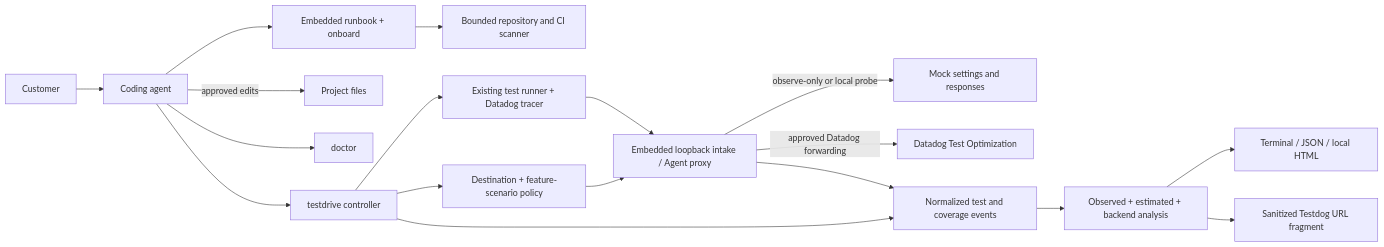
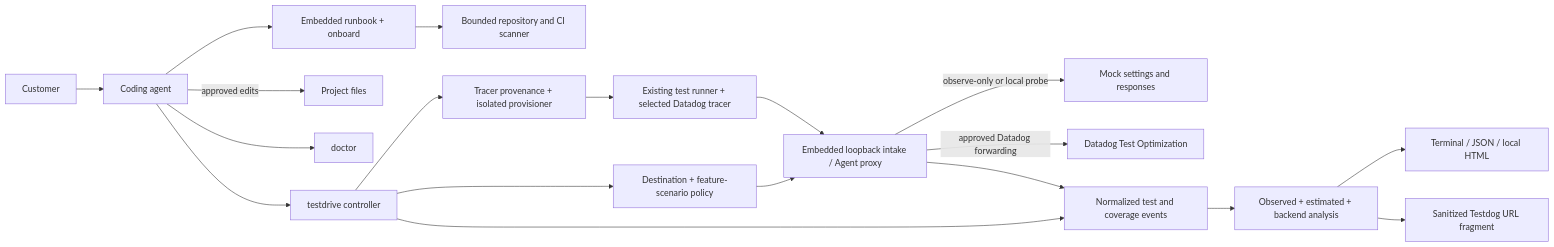
The diagram in docs/design/agent-driven-onboarding.md (DataDog/ddtest), drawn with Mermaid before and after one commit. The commit also changed other lines of this file, not shown here.

Commit message:
Define CI-only tracer bootstrap for onboarding

````diff
--- a/docs/design/agent-driven-onboarding.md
+++ b/docs/design/agent-driven-onboarding.md
@@ -284,20 +321,21 @@
 ```mermaid
 flowchart LR
     U[Customer] --> A[Coding agent]
     A --> O[Embedded runbook + onboard]
     O --> R[Bounded repository and CI scanner]
     A -->|approved edits| P[Project files]
     A --> D[doctor]
     A --> T[testdrive controller]
+    T --> V[Tracer provenance + isolated provisioner]
     T --> C[Destination + feature-scenario policy]
-    T --> X[Existing test runner + Datadog tracer]
+    V --> X[Existing test runner + selected Datadog tracer]
     X --> L[Embedded loopback intake / Agent proxy]
     C --> L
     L -->|observe-only or local probe| M[Mock settings and responses]
     L -->|approved Datadog forwarding| B[Datadog Test Optimization]
     L --> N[Normalized test and coverage events]
     T --> N
     N --> Q[Observed + estimated + backend analysis]
     Q --> H[Terminal / JSON / local HTML]
     Q --> S[Sanitized Testdog URL fragment]
 ```
````
